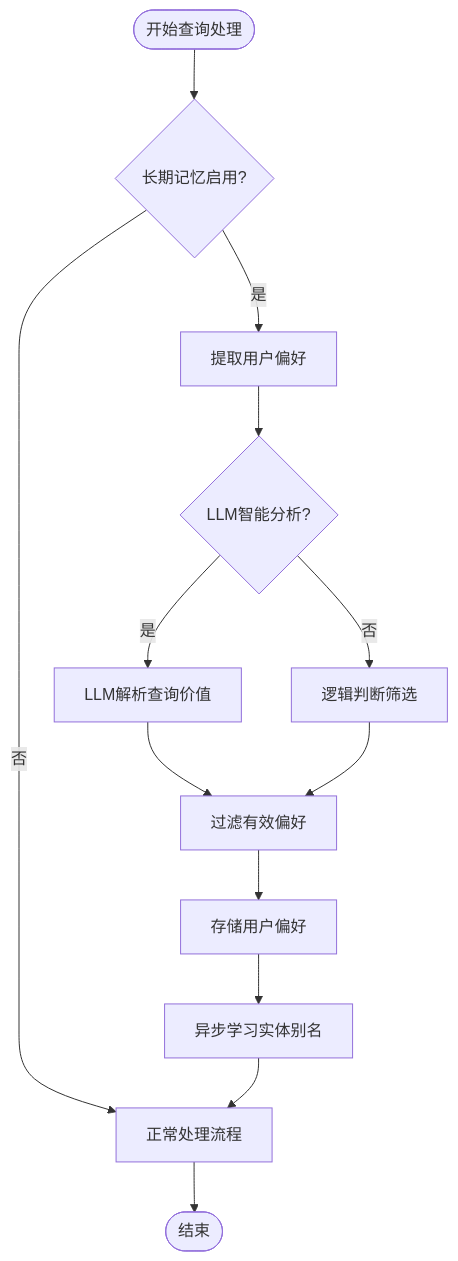
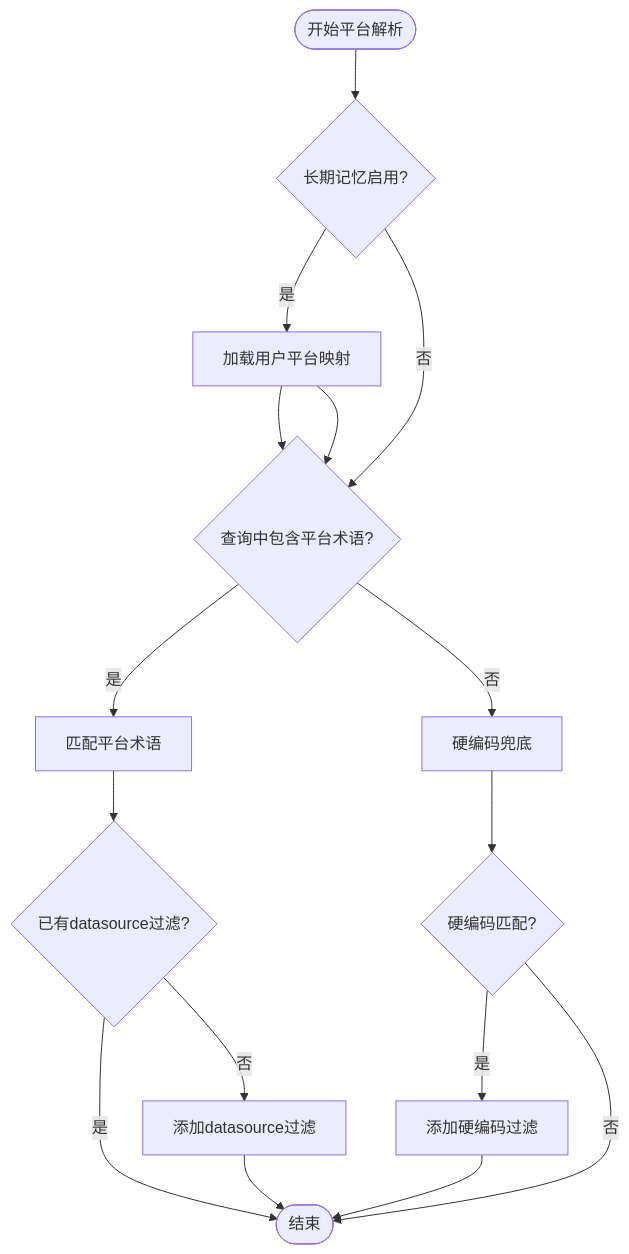
Before and after one commit to HanHuiOnLine/724-office: the fourth of 18 diagrams in .qoder/repowiki/zh/content/核心模块详解/NL2SQL自然语言到SQL系统/NL2SQL自然语言到SQL系统.md, drawn with Mermaid. The commit also changed other lines of this file and 115 other files, not shown here.

````diff
--- a/.qoder/repowiki/zh/content/核心模块详解/NL2SQL自然语言到SQL系统/NL2SQL自然语言到SQL系统.md
+++ b/.qoder/repowiki/zh/content/核心模块详解/NL2SQL自然语言到SQL系统/NL2SQL自然语言到SQL系统.md
@@ -313,15 +345,18 @@
 ```mermaid
 flowchart TD
-Start([开始查询处理]) --> CheckMemory{长期记忆启用?}
-CheckMemory --> |否| NormalProcess[正常处理流程]
-CheckMemory --> |是| ExtractPref[提取用户偏好]
-ExtractPref --> AnalyzeLLM{LLM智能分析?}
-AnalyzeLLM --> |是| LLMParse[LLM解析查询价值]
-AnalyzeLLM --> |否| LogicJudge[逻辑判断筛选]
-LLMParse --> FilterPref[过滤有效偏好]
-LogicJudge --> FilterPref
-FilterPref --> StorePref[存储用户偏好]
-StorePref --> AsyncLearn[异步学习实体别名]
-AsyncLearn --> NormalProcess
-NormalProcess --> End([结束])
+Start([开始平台解析]) --> CheckMemory{长期记忆启用?}
+CheckMemory --> |是| LoadPrefs[加载用户平台映射]
+LoadPrefs --> CheckQuery{查询中包含平台术语?}
+CheckMemory --> |否| CheckQuery
+LoadPrefs --> CheckQuery
+CheckQuery --> |是| MatchTerm[匹配平台术语]
+CheckQuery --> |否| Fallback[硬编码兜底]
+MatchTerm --> CheckFilter{已有datasource过滤?}
+CheckFilter --> |是| End([结束])
+CheckFilter --> |否| AddFilter[添加datasource过滤]
+AddFilter --> End
+Fallback --> CheckFallback{硬编码匹配?}
+CheckFallback --> |是| AddFallback[添加硬编码过滤]
+CheckFallback --> |否| End
+AddFallback --> End
 ```
````
